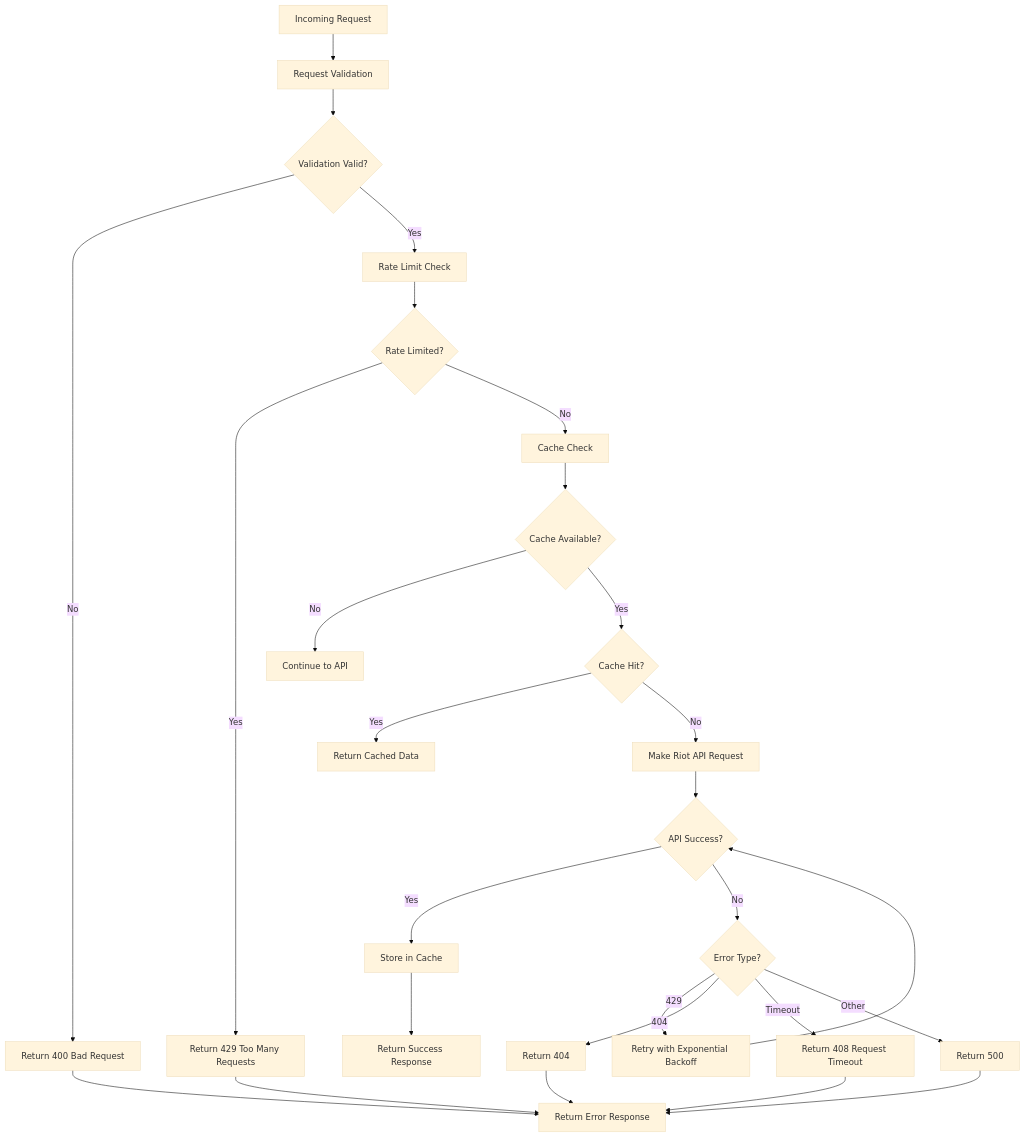
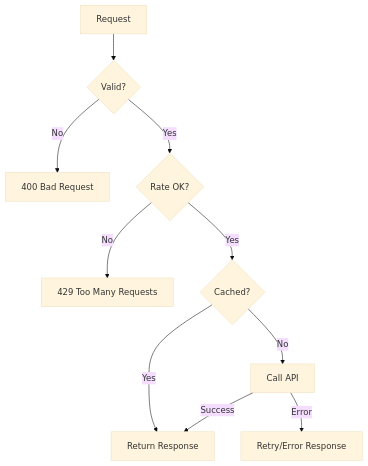
One commit to OneStepAt4time/lolstonks-api-gateway changed the seventh of 8 diagrams in docs/architecture/overview.md. Above: the diagram before and after it, drawn with Mermaid (base theme). The commit also changed other lines of this file and 2 other files, not shown here.

First paragraph of the commit message:
docs: implement high priority documentation improvements
SCOPE: Remove speculative content and fix technical inconsistencies

````diff
--- a/docs/architecture/overview.md
+++ b/docs/architecture/overview.md
@@ -361,36 +361,15 @@
 ```mermaid
 graph TD
-    Request[Incoming Request] --> Validation[Request Validation]
-    Validation --> ValidationError{Validation Valid?}
+    Request[Request] --> Validate{Valid?}
+    Validate -->|No| Error400[400 Bad Request]
+    Validate -->|Yes| RateLimit{Rate OK?}
 
-    ValidationError -->|No| ValidationResponse[Return 400 Bad Request]
-    ValidationError -->|Yes| RateCheck[Rate Limit Check]
+    RateLimit -->|No| Error429[429 Too Many Requests]
+    RateLimit -->|Yes| Cache{Cached?}
 
-    RateCheck --> RateError{Rate Limited?}
-    RateError -->|Yes| RateResponse[Return 429 Too Many Requests]
-    RateError -->|No| CacheCheck[Cache Check]
+    Cache -->|Yes| Return[Return Response]
+    Cache -->|No| API[Call API]
 
-    CacheCheck --> CacheError{Cache Available?}
-    CacheError -->|No| CacheFail[Continue to API]
-    CacheError -->|Yes| CacheHit{Cache Hit?}
-
-    CacheHit -->|Yes| CachedResponse[Return Cached Data]
-    CacheHit -->|No| APIRequest[Make Riot API Request]
-
-    APIRequest --> APIError{API Success?}
-    APIError -->|Yes| StoreCache[Store in Cache]
-    APIError -->|No| ErrorType{Error Type?}
-
-    ErrorType -->|429| RetryWithBackoff[Retry with Exponential Backoff]
-    ErrorType -->|404| NotFound[Return 404]
-    ErrorType -->|Timeout| TimeoutError[Return 408 Request Timeout]
-    ErrorType -->|Other| ServerError[Return 500]
-
-    RetryWithBackoff --> APIError
-    StoreCache --> SuccessResponse[Return Success Response]
-    ValidationResponse --> ErrorResponse[Return Error Response]
-    RateResponse --> ErrorResponse
-    NotFound --> ErrorResponse
-    TimeoutError --> ErrorResponse
-    ServerError --> ErrorResponse
+    API -->|Success| Return
+    API -->|Error| Retry[Retry/Error Response]
 ```
````
